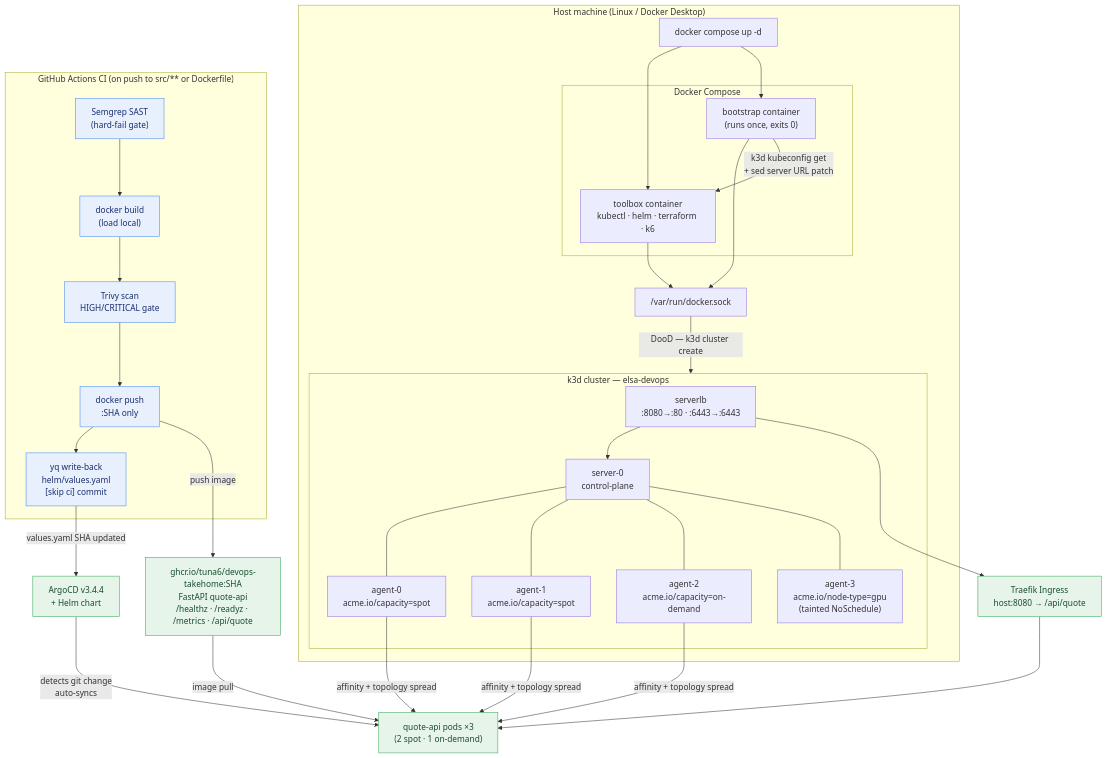
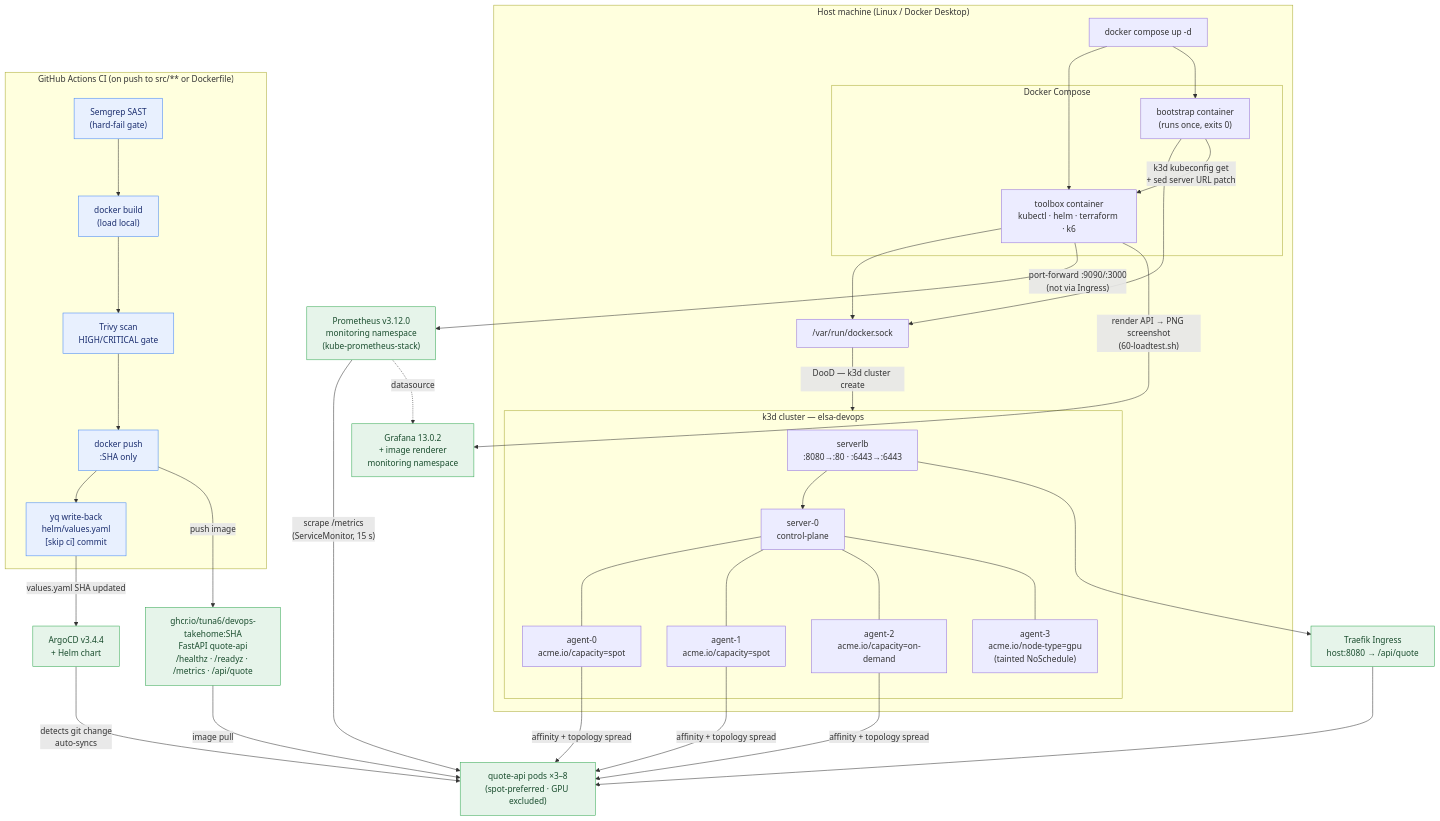
The diagram in README.md (tuna6/devops-takehome), drawn with Mermaid before and after one commit. The commit also changed other lines of this file and 18 other files, not shown here.

````diff
--- a/README.md
+++ b/README.md
@@ -17,55 +17,61 @@
 ```mermaid
 flowchart TD
     subgraph Host["Host machine (Linux / Docker Desktop)"]
         DC["docker compose up -d"]
 
         subgraph Compose["Docker Compose"]
             TB["toolbox container\nkubectl · helm · terraform · k6"]
             BS["bootstrap container\n(runs once, exits 0)"]
         end
 
         DS["/var/run/docker.sock"]
 
         subgraph K3D["k3d cluster — elsa-devops"]
             LB["serverlb\n:8080→:80 · :6443→:6443"]
             S0["server-0\ncontrol-plane"]
             A0["agent-0\nacme.io/capacity=spot"]
             A1["agent-1\nacme.io/capacity=spot"]
             A2["agent-2\nacme.io/capacity=on-demand"]
             A3["agent-3\nacme.io/node-type=gpu\n(tainted NoSchedule)"]
         end
     end
 
     DC --> TB
     DC --> BS
     TB & BS --> DS
     DS -->|"DooD — k3d cluster create"| K3D
     BS -->|"k3d kubeconfig get\n+ sed server URL patch"| TB
     LB --> S0
     S0 --- A0 & A1 & A2 & A3
 
     classDef built fill:#e6f4ea,stroke:#34a853,color:#1a4d2e
     classDef ci fill:#e8f0fe,stroke:#4285f4,color:#1a2d6e
 
     subgraph CI["GitHub Actions CI (on push to src/** or Dockerfile)"]
         SG["Semgrep SAST\n(hard-fail gate)"]:::ci
         BUILD["docker build\n(load local)"]:::ci
         TV["Trivy scan\nHIGH/CRITICAL gate"]:::ci
         PUSH["docker push\n:SHA only"]:::ci
         WB["yq write-back\nhelm/values.yaml\n[skip ci] commit"]:::ci
         SG --> BUILD --> TV --> PUSH --> WB
     end
 
     GHCR["ghcr.io/tuna6/devops-takehome:SHA\nFastAPI quote-api\n/healthz · /readyz · /metrics · /api/quote"]:::built
     ARGO["ArgoCD v3.4.4\n+ Helm chart"]:::built
-    APP["quote-api pods ×3\n(2 spot · 1 on-demand)"]:::built
+    APP["quote-api pods ×3–8\n(spot-preferred · GPU excluded)"]:::built
     INGRESS["Traefik Ingress\nhost:8080 → /api/quote"]:::built
+    PROM["Prometheus v3.12.0\nmonitoring namespace\n(kube-prometheus-stack)"]:::built
+    GRAF["Grafana 13.0.2\n+ image renderer\nmonitoring namespace"]:::built
 
     PUSH -->|"push image"| GHCR
     WB -->|"values.yaml SHA updated"| ARGO
     ARGO -->|"detects git change\nauto-syncs"| APP
     A0 & A1 & A2 -->|"affinity + topology spread"| APP:::built
     GHCR -->|"image pull"| APP:::built
     LB --> INGRESS:::built
     INGRESS --> APP
+    PROM -->|"scrape /metrics\n(ServiceMonitor, 15 s)"| APP
+    PROM -.->|"datasource"| GRAF
+    TB -->|"port-forward :9090/:3000\n(not via Ingress)"| PROM
+    TB -->|"render API → PNG screenshot\n(60-loadtest.sh)"| GRAF
 ```
````
